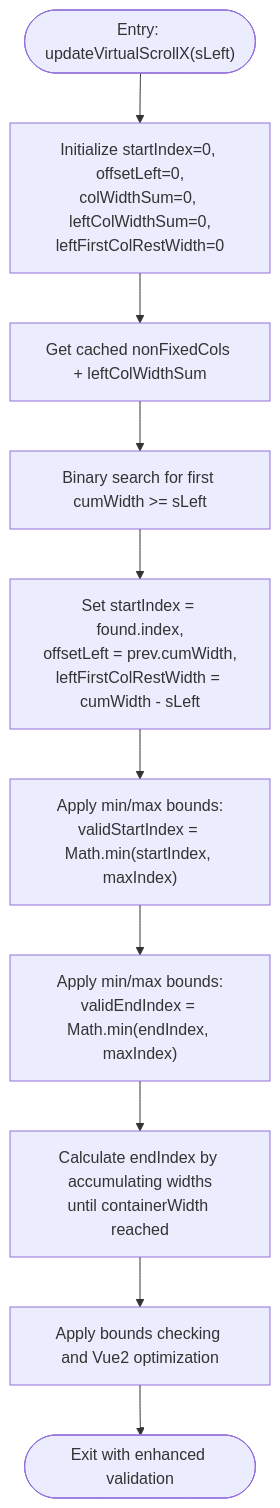
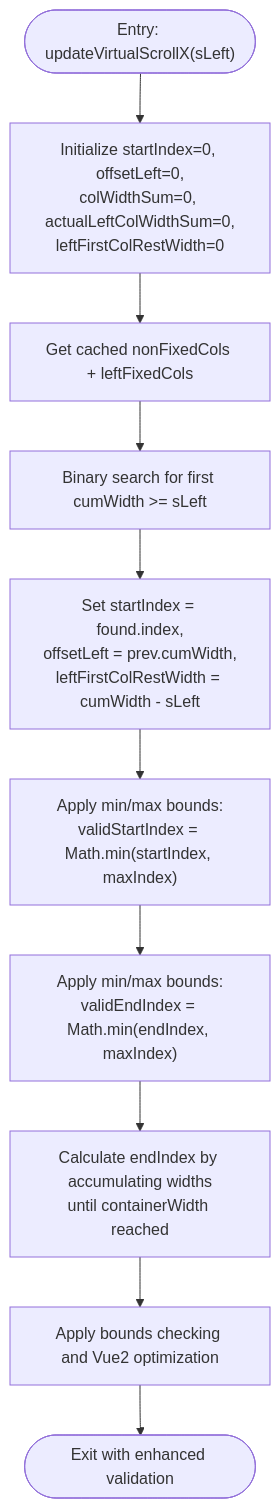
Before and after one commit to ja-plus/stk-table-vue: the seventh of 12 diagrams in .qoder/repowiki/en/content/Advanced Features/Virtual Scrolling/Horizontal Virtual Scrolling.md, drawn with Mermaid. The commit also changed other lines of this file and 6 other files, not shown here.

````diff
--- a/.qoder/repowiki/en/content/Advanced Features/Virtual Scrolling/Horizontal Virtual Scrolling.md
+++ b/.qoder/repowiki/en/content/Advanced Features/Virtual Scrolling/Horizontal Virtual Scrolling.md
@@ -284,12 +286,12 @@
 ```mermaid
 flowchart TD
-Start(["Entry: updateVirtualScrollX(sLeft)"]) --> Init["Initialize startIndex=0, offsetLeft=0,<br/>colWidthSum=0, leftColWidthSum=0,<br/>leftFirstColRestWidth=0"]
-Init --> Cache["Get cached nonFixedCols + leftColWidthSum"]
+Start(["Entry: updateVirtualScrollX(sLeft)"]) --> Init["Initialize startIndex=0, offsetLeft=0,<br/>colWidthSum=0, actualLeftColWidthSum=0,<br/>leftFirstColRestWidth=0"]
+Init --> Cache["Get cached nonFixedCols + leftFixedCols"]
 Cache --> Binary["Binary search for first cumWidth >= sLeft"]
 Binary --> Found["Set startIndex = found.index,<br/>offsetLeft = prev.cumWidth,<br/>leftFirstColRestWidth = cumWidth - sLeft"]
 Found --> ValidStart["Apply min/max bounds:<br/>validStartIndex = Math.min(startIndex, maxIndex)"]
 ValidStart --> ValidEnd["Apply min/max bounds:<br/>validEndIndex = Math.min(endIndex, maxIndex)"]
 ValidEnd --> EndCalc["Calculate endIndex by accumulating widths<br/>until containerWidth reached"]
 EndCalc --> Bounds["Apply bounds checking and Vue2 optimization"]
 Bounds --> End(["Exit with enhanced validation"])
 ```
````
